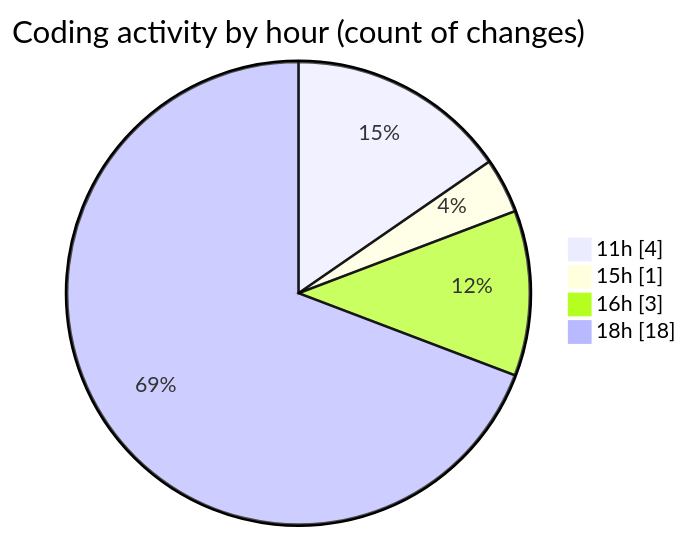
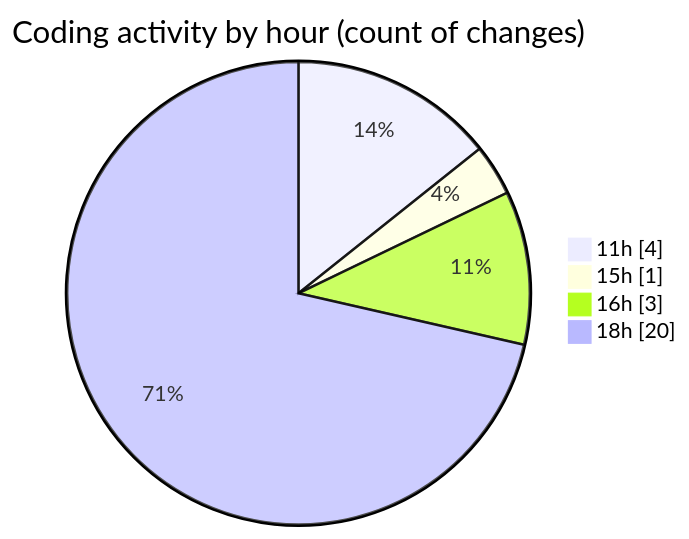
Before and after one commit to nxtqubesakshisongat/code-tracking: the second of 2 diagrams in 2026-06-10/nxtqube_webapp/README.md, drawn with Mermaid. The commit also changed other lines of this file and 1 other file, not shown here.

````diff
--- a/2026-06-10/nxtqube_webapp/README.md
+++ b/2026-06-10/nxtqube_webapp/README.md
@@ -29,8 +29,8 @@
 ```mermaid
 pie showData
 title Coding activity by hour (count of changes)
 "11h" : 4
 "15h" : 1
 "16h" : 3
-"18h" : 18
+"18h" : 20
 ```
````
